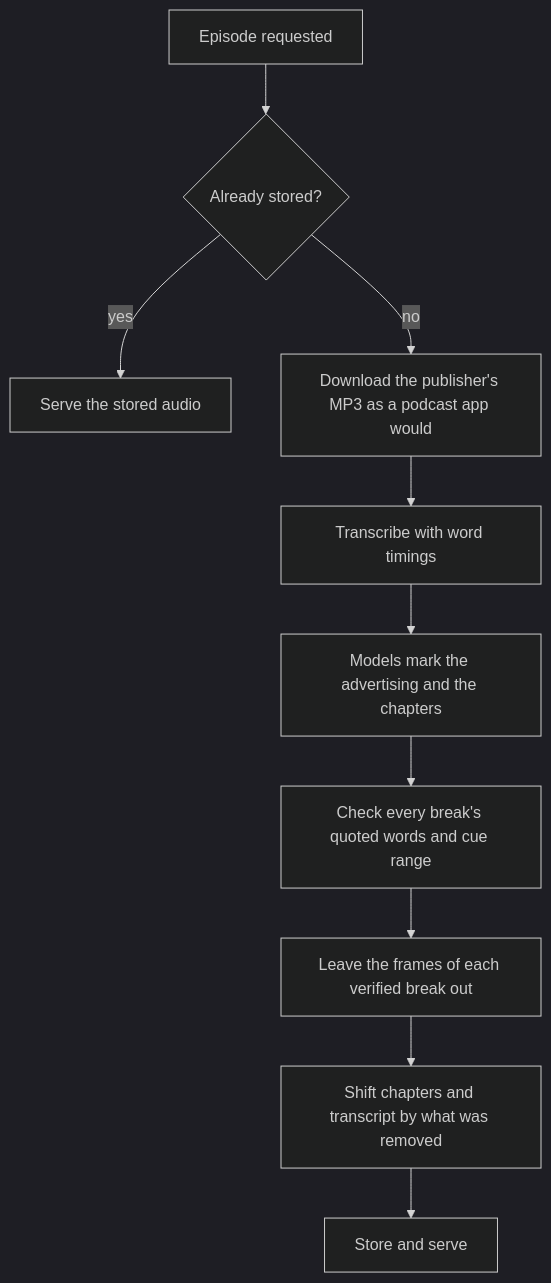
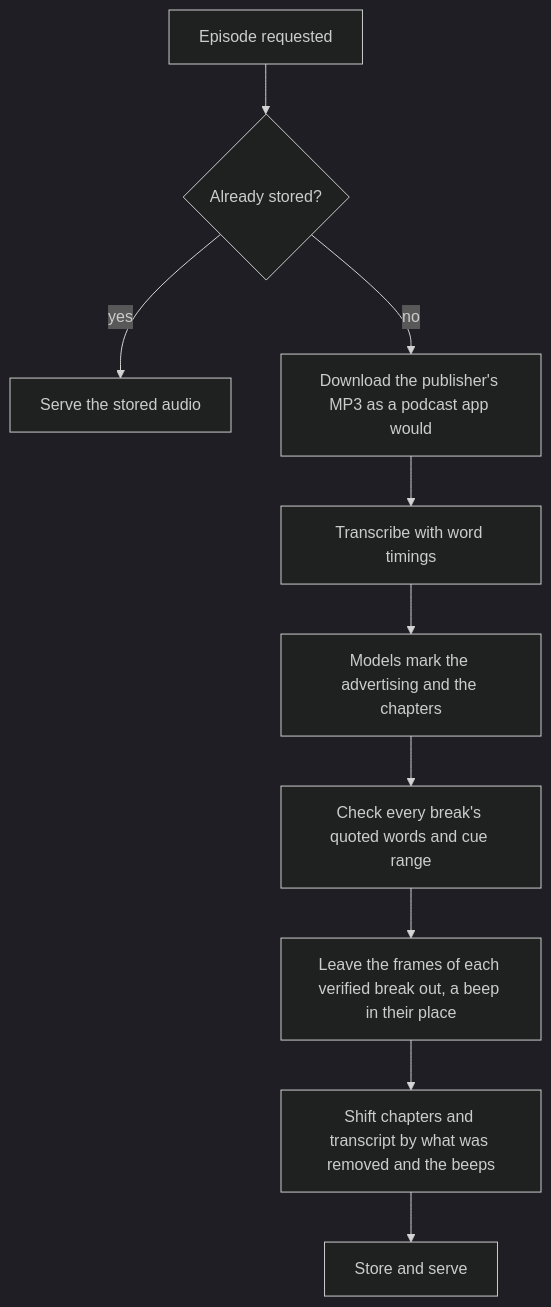
The second of 2 diagrams in README.md (Valleeh/podcleaner), drawn with Mermaid (dark theme) before and after one commit. The commit also changed other lines of this file and 17 other files, not shown here.

````diff
--- a/README.md
+++ b/README.md
@@ -122,12 +124,12 @@
 ```mermaid
 flowchart TD
     A[Episode requested] --> B{Already stored?}
     B -->|yes| C[Serve the stored audio]
     B -->|no| D[Download the publisher's MP3 as a podcast app would]
     D --> E[Transcribe with word timings]
     E --> F[Models mark the advertising and the chapters]
     F --> G[Check every break's quoted words and cue range]
-    G --> H[Leave the frames of each verified break out]
-    H --> I[Shift chapters and transcript by what was removed]
+    G --> H[Leave the frames of each verified break out, a beep in their place]
+    H --> I[Shift chapters and transcript by what was removed and the beeps]
     I --> J[Store and serve]
 ```
````
